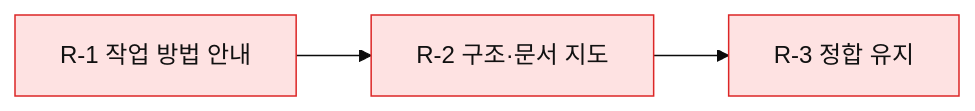
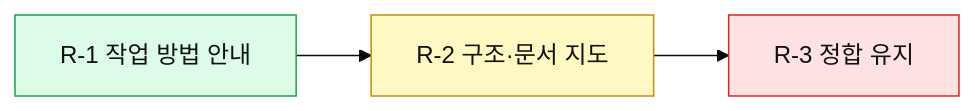
Before and after one commit to GeonwooKim-fitogether/project-A: the diagram in planning/roadmap.md, drawn with Mermaid (base theme). The commit also changed other lines of this file and 3 other files, not shown here.

````diff
--- a/planning/roadmap.md
+++ b/planning/roadmap.md
@@ -5,7 +5,7 @@
 ```mermaid
 flowchart LR
-  R1["R-1 작업 방법 안내"]:::todo --> R2["R-2 구조·문서 지도"]:::todo --> R3["R-3 정합 유지"]:::todo
+  R1["R-1 작업 방법 안내"]:::done --> R2["R-2 구조·문서 지도"]:::wip --> R3["R-3 정합 유지"]:::todo
   classDef done fill:#dcfce7,stroke:#16a34a,color:#111111
   classDef wip fill:#fef9c3,stroke:#ca8a04,color:#111111
   classDef todo fill:#fee2e2,stroke:#dc2626,color:#111111
 ```
````
